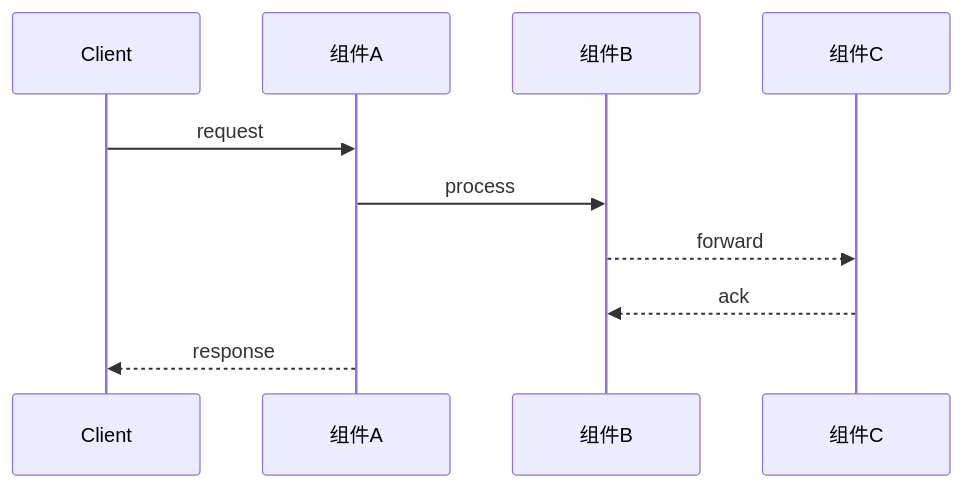
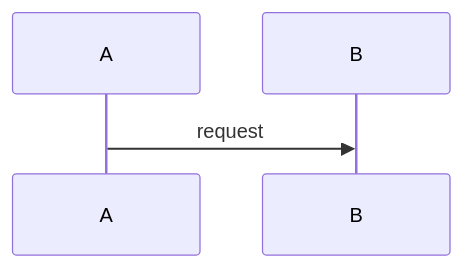
One commit to TenonJoiner/devforge changed the diagram in openspec-schema/schemas/spec-driven-enhanced/templates/design.md. Above: the diagram before and after it, drawn with Mermaid. The commit also changed other lines of this file and 10 other files, not shown here.

First line of the commit message:
refactor(openspec): sync schemas/skills with refreshed templates and decouple change-dir

````diff
--- a/openspec-schema/schemas/spec-driven-enhanced/templates/design.md
+++ b/openspec-schema/schemas/spec-driven-enhanced/templates/design.md
@@ -129,13 +37,6 @@
 ```mermaid
 sequenceDiagram
-    participant Client
-    participant A as 组件A
-    participant B as 组件B
-    participant C as 组件C
-
-    Client->>A: request
-    A->>B: process
-    B-->>C: forward
-    C-->>B: ack
-    A-->>Client: response
+    participant A
+    participant B
+    A->>B: request
 ```
````
